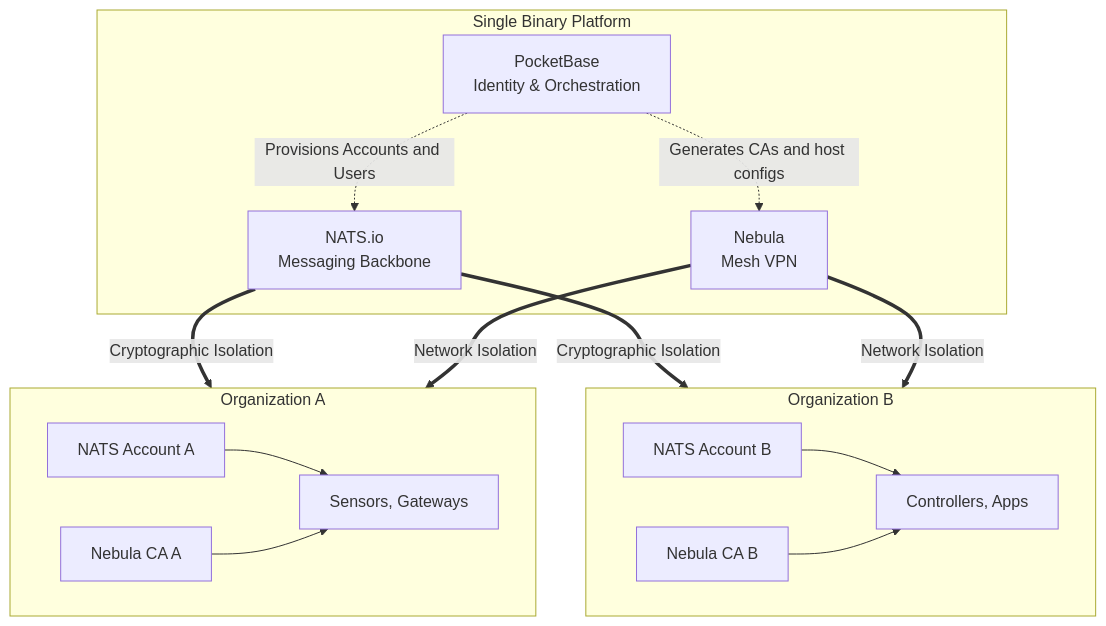
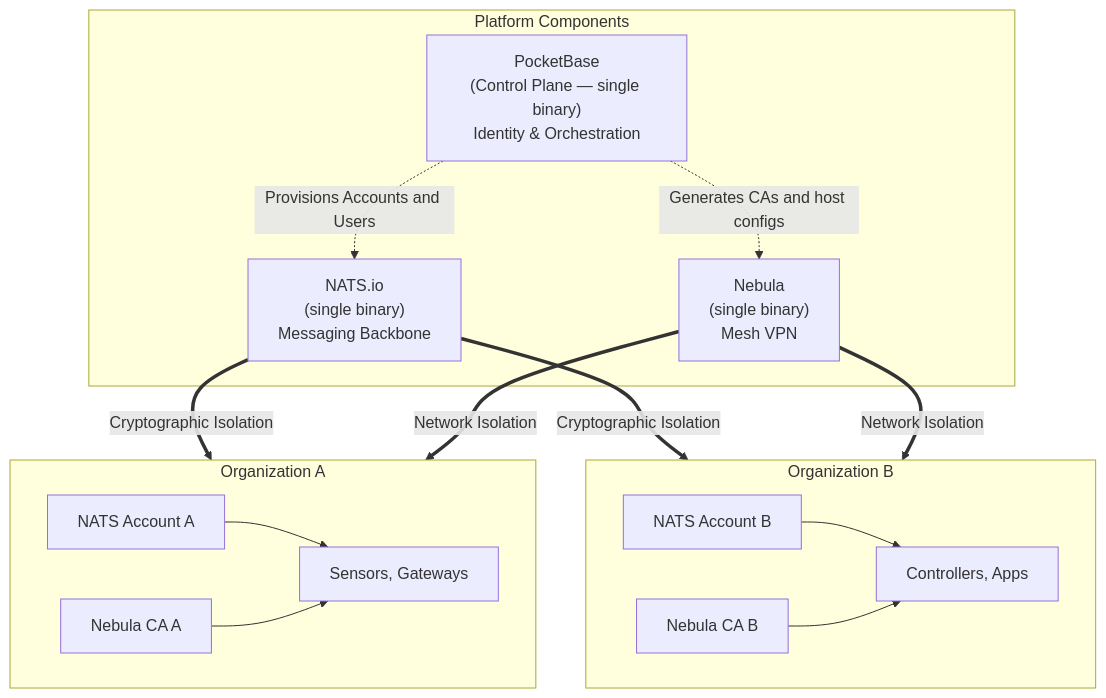
Before and after one commit to stone-age-io/platform-docs: the diagram in docs/overview.md, drawn with Mermaid. The commit also changed other lines of this file and 6 other files, not shown here.

````diff
--- a/docs/overview.md
+++ b/docs/overview.md
@@ -36,34 +36,34 @@
 ```mermaid
 graph TB
-    subgraph Core["Single Binary Platform"]
-        PB["PocketBase<br/>Identity & Orchestration"]
-        NATS["NATS.io<br/>Messaging Backbone"]
-        NEB["Nebula<br/>Mesh VPN"]
+    subgraph Core["Platform Components"]
+        PB["PocketBase<br/>(Control Plane — single binary)<br/>Identity & Orchestration"]
+        NATS["NATS.io<br/>(single binary)<br/>Messaging Backbone"]
+        NEB["Nebula<br/>(single binary)<br/>Mesh VPN"]
         
         PB -.->|"Provisions Accounts and Users"| NATS
         PB -.->|"Generates CAs and host configs"| NEB
     end
     
     subgraph OrgA["Organization A"]
         A_Acc["NATS Account A"]
         A_CA["Nebula CA A"]
         A_Dev["Sensors, Gateways"]
         
         A_Acc --> A_Dev
         A_CA --> A_Dev
     end
     
     subgraph OrgB["Organization B"]
         B_Acc["NATS Account B"]
         B_CA["Nebula CA B"]
         B_Dev["Controllers, Apps"]
         
         B_Acc --> B_Dev
         B_CA --> B_Dev
     end
     
     NATS ==>|"Cryptographic Isolation"| OrgA
     NATS ==>|"Cryptographic Isolation"| OrgB
     NEB ==>|"Network Isolation"| OrgA
     NEB ==>|"Network Isolation"| OrgB
 ```
````
